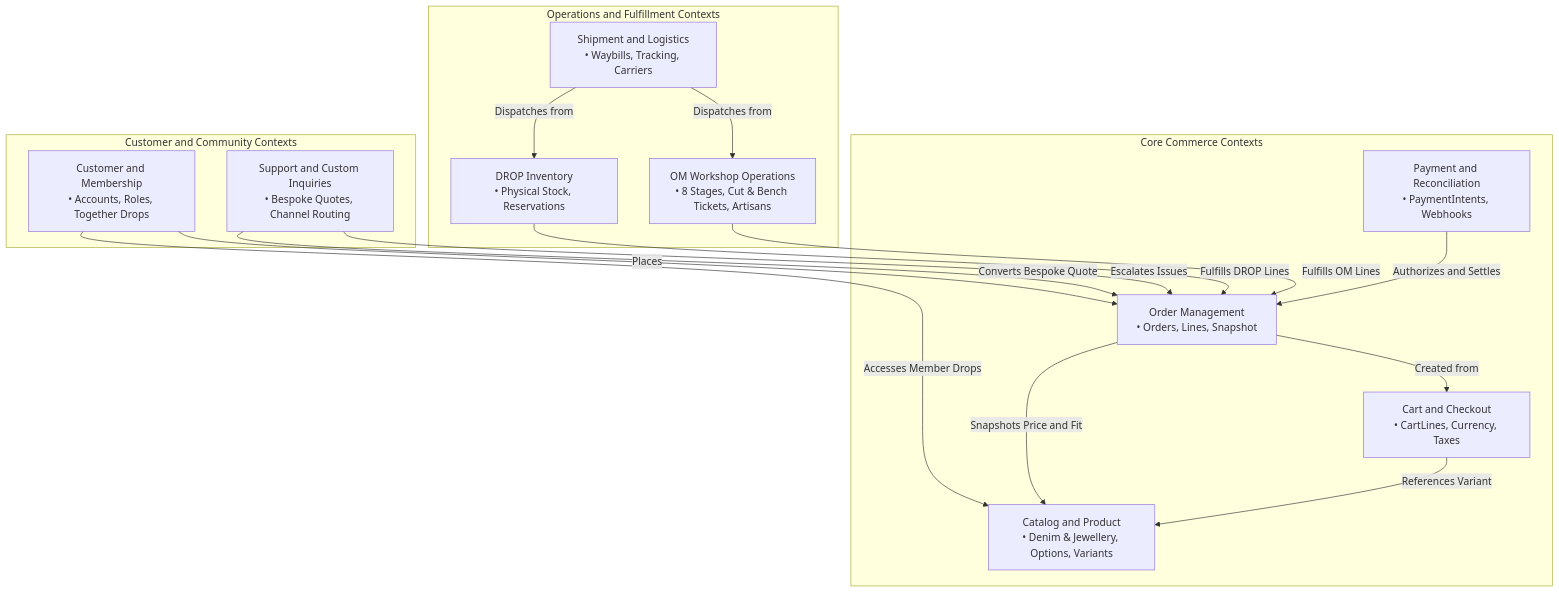
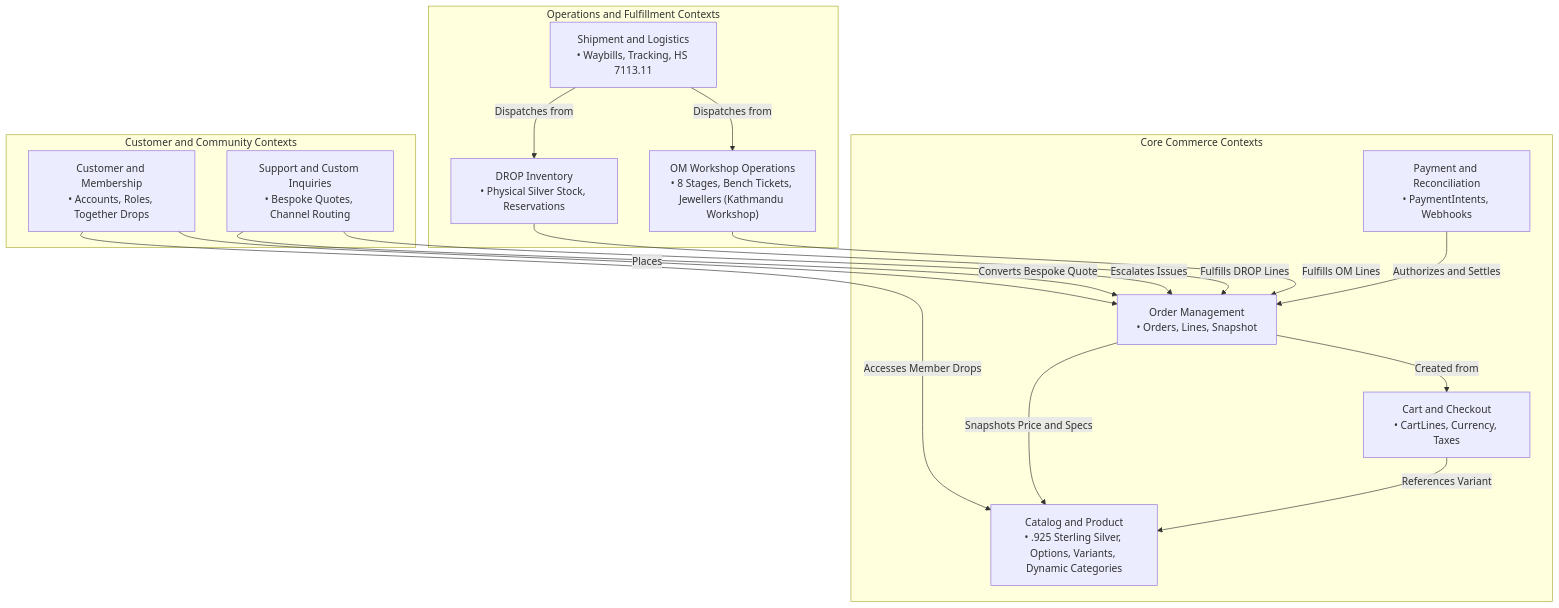
One commit to Sarthak2233/Jeanius changed the first of 2 diagrams in docs/architecture/domain-map.md. Above: the diagram before and after it, drawn with Mermaid. The commit also changed other lines of this file and 145 other files, not shown here.

Commit message:
feat(catalog): complete project 925 vertical pivot, categories and PDP configurator

````diff
--- a/docs/architecture/domain-map.md
+++ b/docs/architecture/domain-map.md
@@ -12,33 +12,33 @@
 ```mermaid
 graph TD
     subgraph Core Commerce Contexts
-        Catalog["Catalog and Product<br/>• Denim & Jewellery, Options, Variants"]
+        Catalog["Catalog and Product<br/>• .925 Sterling Silver, Options, Variants, Dynamic Categories"]
         Cart["Cart and Checkout<br/>• CartLines, Currency, Taxes"]
         Order["Order Management<br/>• Orders, Lines, Snapshot"]
         Payment["Payment and Reconciliation<br/>• PaymentIntents, Webhooks"]
     end
 
     subgraph Operations and Fulfillment Contexts
-        Production["OM Workshop Operations<br/>• 8 Stages, Cut & Bench Tickets, Artisans"]
-        Inventory["DROP Inventory<br/>• Physical Stock, Reservations"]
-        Shipping["Shipment and Logistics<br/>• Waybills, Tracking, Carriers"]
+        Production["OM Workshop Operations<br/>• 8 Stages, Bench Tickets, Jewellers (Kathmandu Workshop)"]
+        Inventory["DROP Inventory<br/>• Physical Silver Stock, Reservations"]
+        Shipping["Shipment and Logistics<br/>• Waybills, Tracking, HS 7113.11"]
     end
 
     subgraph Customer and Community Contexts
         Customer["Customer and Membership<br/>• Accounts, Roles, Together Drops"]
         Support["Support and Custom Inquiries<br/>• Bespoke Quotes, Channel Routing"]
     end
 
     Cart -->|References Variant| Catalog
     Order -->|Created from| Cart
-    Order -->|Snapshots Price and Fit| Catalog
+    Order -->|Snapshots Price and Specs| Catalog
     Payment -->|Authorizes and Settles| Order
     Production -->|Fulfills OM Lines| Order
     Inventory -->|Fulfills DROP Lines| Order
     Shipping -->|Dispatches from| Production
     Shipping -->|Dispatches from| Inventory
     Customer -->|Places| Order
     Customer -->|Accesses Member Drops| Catalog
     Support -->|Escalates Issues| Order
     Support -->|Converts Bespoke Quote| Order
 ```
````
